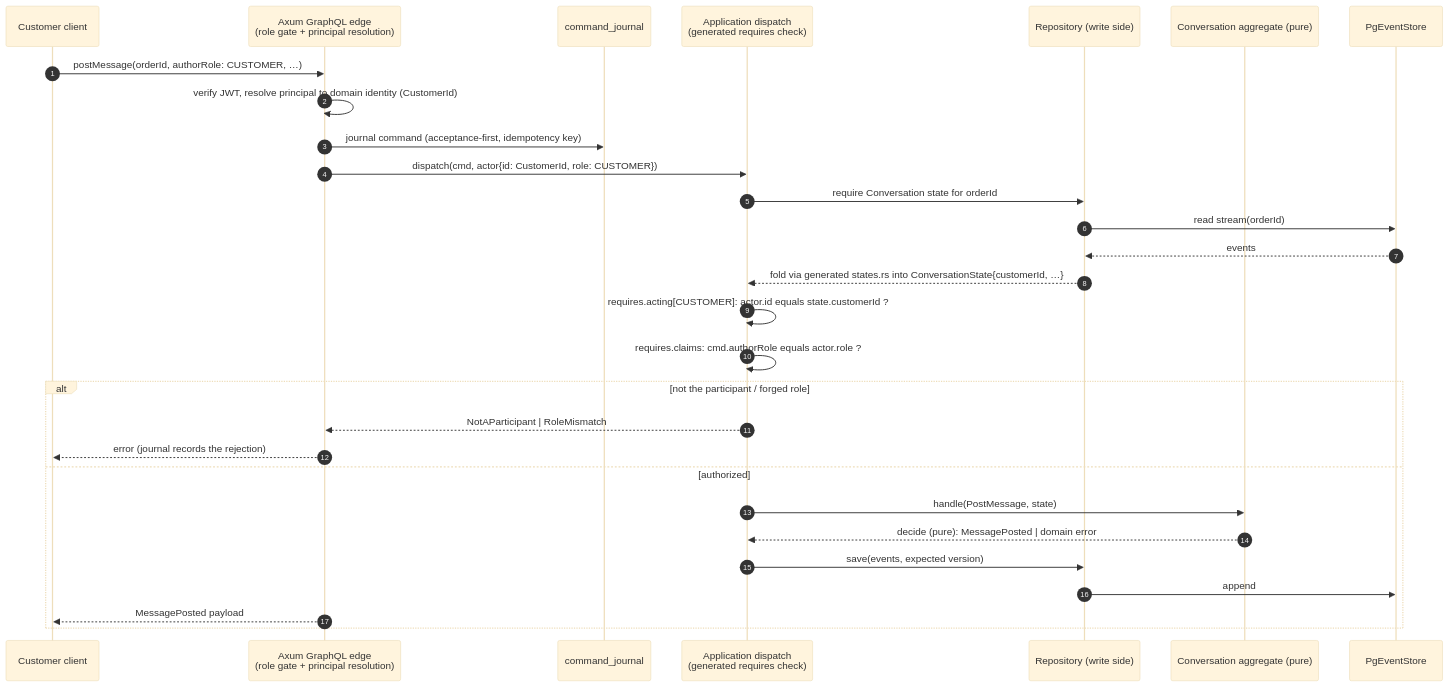
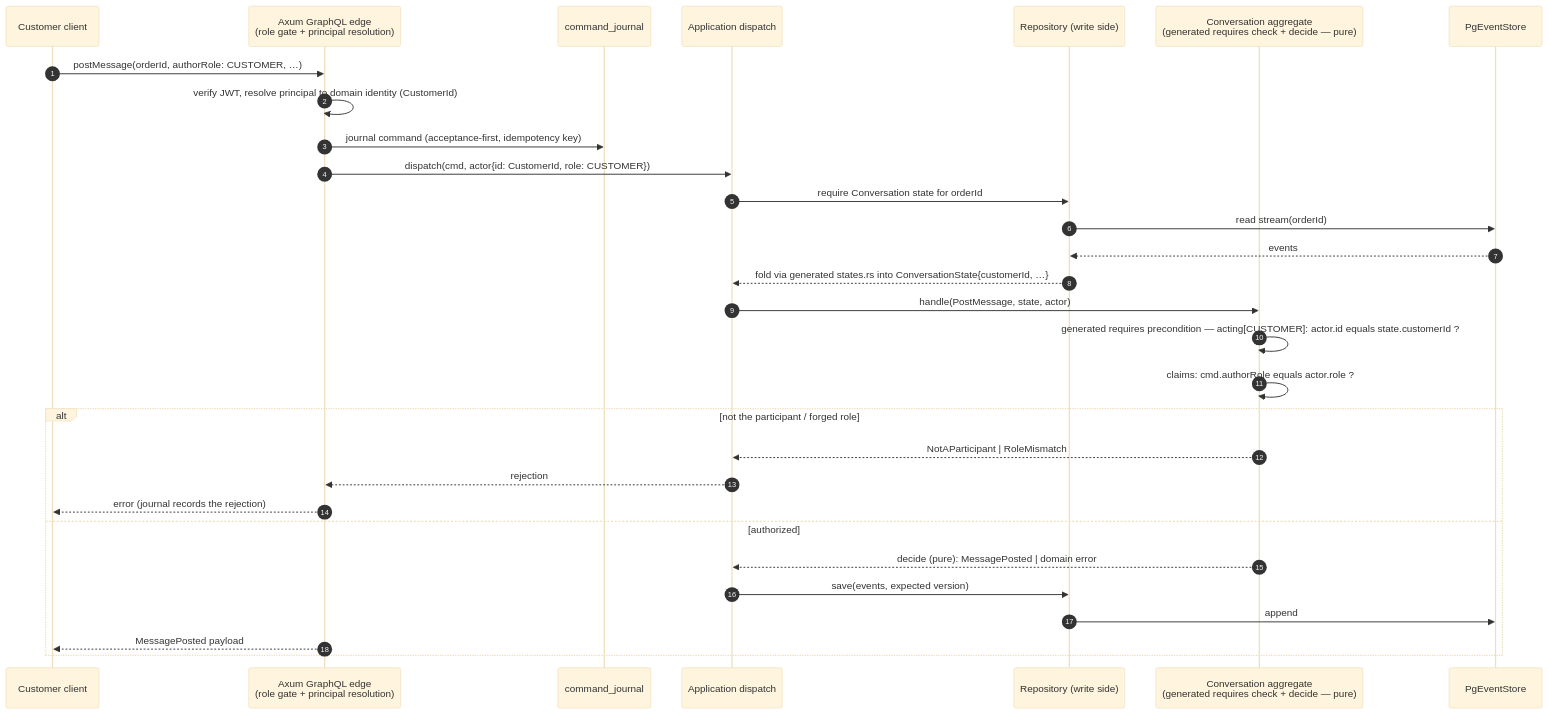
One commit to TheCaptainCompany/captain-food changed the diagram in docs/proposals/PROP-20260728-135632-aggregate-state-as-spec.md. Above: the diagram before and after it, drawn with Mermaid (base theme). The commit also changed other lines of this file and 1 other file, not shown here.

First line of the commit message:
docs(#235): D4 amended -- the actor runs the requires check; mermaid.live pan/zoom links under inline diagrams

````diff
--- a/docs/proposals/PROP-20260728-135632-aggregate-state-as-spec.md
+++ b/docs/proposals/PROP-20260728-135632-aggregate-state-as-spec.md
@@ -303,32 +312,33 @@
 ```mermaid
 sequenceDiagram
     autonumber
     participant C as Customer client
     participant GQL as Axum GraphQL edge<br/>(role gate + principal resolution)
     participant J as command_journal
-    participant App as Application dispatch<br/>(generated requires check)
+    participant App as Application dispatch
     participant Repo as Repository (write side)
-    participant Agg as Conversation aggregate (pure)
+    participant Agg as Conversation aggregate<br/>(generated requires check + decide — pure)
     participant ES as PgEventStore
 
     C->>GQL: postMessage(orderId, authorRole: CUSTOMER, …)
     GQL->>GQL: verify JWT, resolve principal to domain identity (CustomerId)
     GQL->>J: journal command (acceptance-first, idempotency key)
     GQL->>App: dispatch(cmd, actor{id: CustomerId, role: CUSTOMER})
     App->>Repo: require Conversation state for orderId
     Repo->>ES: read stream(orderId)
     ES-->>Repo: events
     Repo-->>App: fold via generated states.rs into ConversationState{customerId, …}
-    App->>App: requires.acting[CUSTOMER]: actor.id equals state.customerId ?
-    App->>App: requires.claims: cmd.authorRole equals actor.role ?
+    App->>Agg: handle(PostMessage, state, actor)
+    Agg->>Agg: generated requires precondition — acting[CUSTOMER]: actor.id equals state.customerId ?
+    Agg->>Agg: claims: cmd.authorRole equals actor.role ?
     alt not the participant / forged role
-        App-->>GQL: NotAParticipant | RoleMismatch
+        Agg-->>App: NotAParticipant | RoleMismatch
+        App-->>GQL: rejection
         GQL-->>C: error (journal records the rejection)
     else authorized
-        App->>Agg: handle(PostMessage, state)
         Agg-->>App: decide (pure): MessagePosted | domain error
         App->>Repo: save(events, expected version)
         Repo->>ES: append
         GQL-->>C: MessagePosted payload
     end
 ```
````
